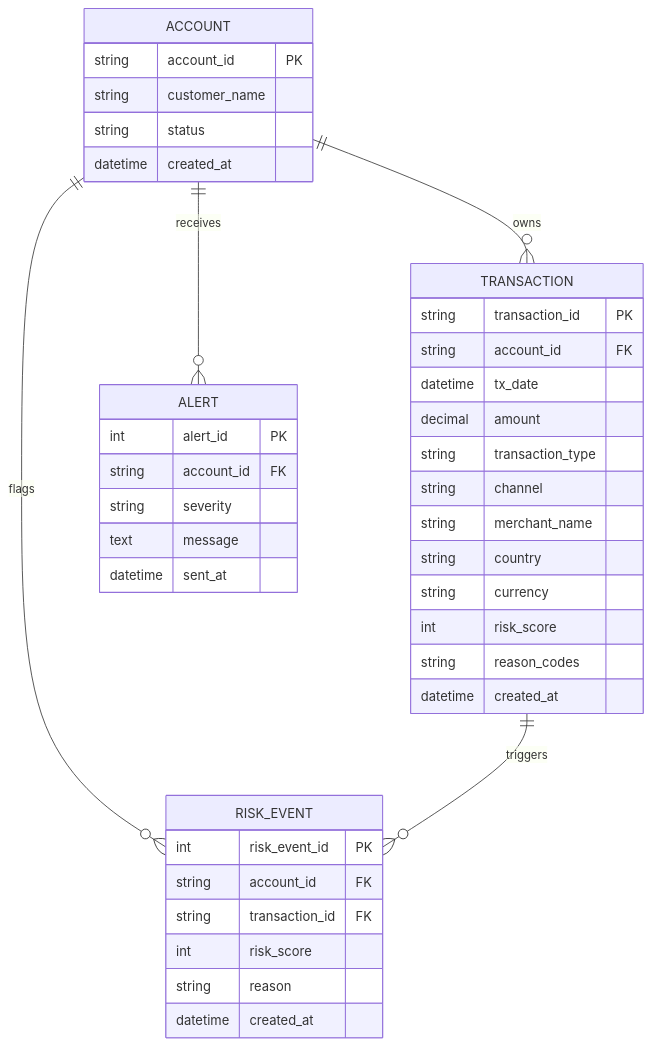
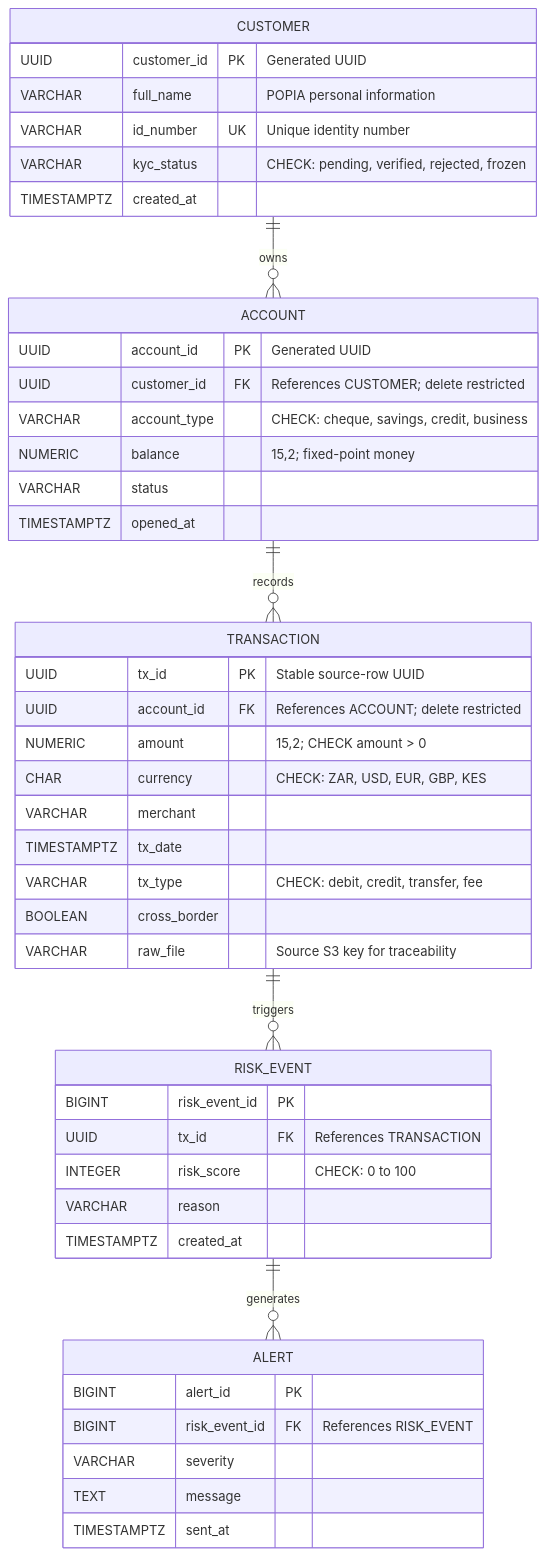
Before and after one commit to Nompil/fintrust: the diagram in docs/erd.md, drawn with Mermaid. The commit also changed other lines of this file and 7 other files, not shown here.

````diff
--- a/docs/erd.md
+++ b/docs/erd.md
@@ -5,46 +5,52 @@
 ```mermaid
 erDiagram
-    ACCOUNT ||--o{ TRANSACTION : owns
-    ACCOUNT ||--o{ RISK_EVENT : flags
-    ACCOUNT ||--o{ ALERT : receives
+    CUSTOMER ||--o{ ACCOUNT : owns
+    ACCOUNT ||--o{ TRANSACTION : records
     TRANSACTION ||--o{ RISK_EVENT : triggers
+    RISK_EVENT ||--o{ ALERT : generates
+
+    CUSTOMER {
+        UUID customer_id PK "Generated UUID"
+        VARCHAR full_name "POPIA personal information"
+        VARCHAR id_number UK "Unique identity number"
+        VARCHAR kyc_status "CHECK: pending, verified, rejected, frozen"
+        TIMESTAMPTZ created_at
+    }
 
     ACCOUNT {
-        string account_id PK
-        string customer_name
-        string status
-        datetime created_at
+        UUID account_id PK "Generated UUID"
+        UUID customer_id FK "References CUSTOMER; delete restricted"
+        VARCHAR account_type "CHECK: cheque, savings, credit, business"
+        NUMERIC balance "15,2; fixed-point money"
+        VARCHAR status
+        TIMESTAMPTZ opened_at
     }
 
     TRANSACTION {
-        string transaction_id PK
-        string account_id FK
-        datetime tx_date
-        decimal amount
-        string transaction_type
-        string channel
-        string merchant_name
-        string country
-        string currency
-        int risk_score
-        string reason_codes
-        datetime created_at
+        UUID tx_id PK "Stable source-row UUID"
+        UUID account_id FK "References ACCOUNT; delete restricted"
+        NUMERIC amount "15,2; CHECK amount > 0"
+        CHAR currency "CHECK: ZAR, USD, EUR, GBP, KES"
+        VARCHAR merchant
+        TIMESTAMPTZ tx_date
+        VARCHAR tx_type "CHECK: debit, credit, transfer, fee"
+        BOOLEAN cross_border
+        VARCHAR raw_file "Source S3 key for traceability"
     }
 
     RISK_EVENT {
-        int risk_event_id PK
-        string account_id FK
-        string transaction_id FK
-        int risk_score
-        string reason
-        datetime created_at
+        BIGINT risk_event_id PK
+        UUID tx_id FK "References TRANSACTION"
+        INTEGER risk_score "CHECK: 0 to 100"
+        VARCHAR reason
+        TIMESTAMPTZ created_at
     }
 
     ALERT {
-        int alert_id PK
-        string account_id FK
-        string severity
-        text message
-        datetime sent_at
+        BIGINT alert_id PK
+        BIGINT risk_event_id FK "References RISK_EVENT"
+        VARCHAR severity
+        TEXT message
+        TIMESTAMPTZ sent_at
     }
 ```
````
